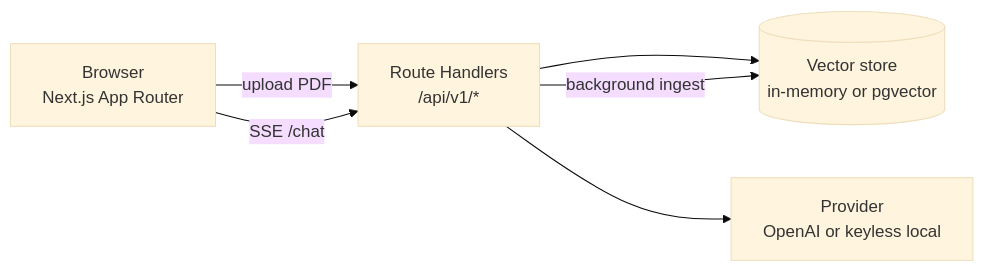
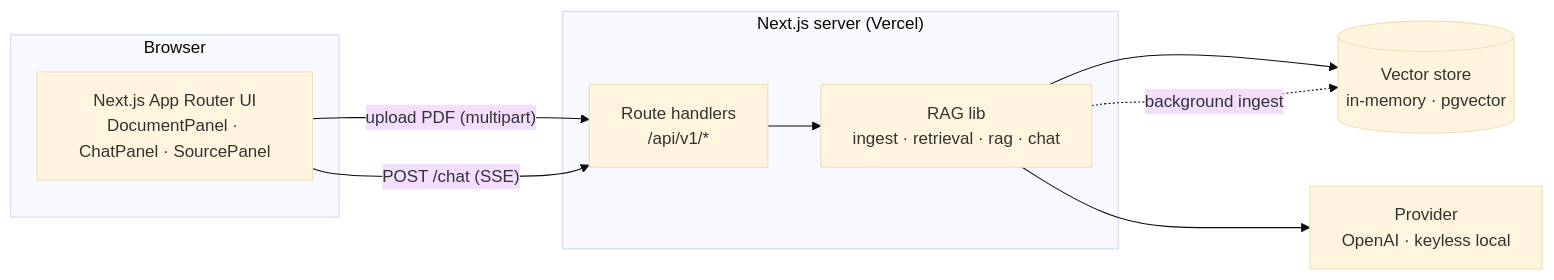
One commit to saikrishnapachala/findocs-ai changed the first of 4 diagrams in README.md. Above: the diagram before and after it, drawn with Mermaid (base theme). The commit also changed other lines of this file, not shown here.

First line of the commit message:
docs: comprehensive README with full architecture

````diff
--- a/README.md
+++ b/README.md
@@ -61,8 +95,16 @@
 ```mermaid
 flowchart LR
-  U[Browser<br/>Next.js App Router] -- upload PDF --> API[Route Handlers<br/>/api/v1/*]
-  U -- SSE /chat --> API
-  API --> VS[(Vector store<br/>in-memory or pgvector)]
-  API --> LLM[Provider<br/>OpenAI or keyless local]
-  API -- background ingest --> VS
+  subgraph Browser
+    UI[Next.js App Router UI<br/>DocumentPanel · ChatPanel · SourcePanel]
+  end
+  subgraph "Next.js server (Vercel)"
+    API[Route handlers<br/>/api/v1/*]
+    LIB[RAG lib<br/>ingest · retrieval · rag · chat]
+  end
+  UI -- upload PDF (multipart) --> API
+  UI -- POST /chat (SSE) --> API
+  API --> LIB
+  LIB --> VS[(Vector store<br/>in-memory · pgvector)]
+  LIB --> PROV[Provider<br/>OpenAI · keyless local]
+  LIB -. background ingest .-> VS
 ```
````
